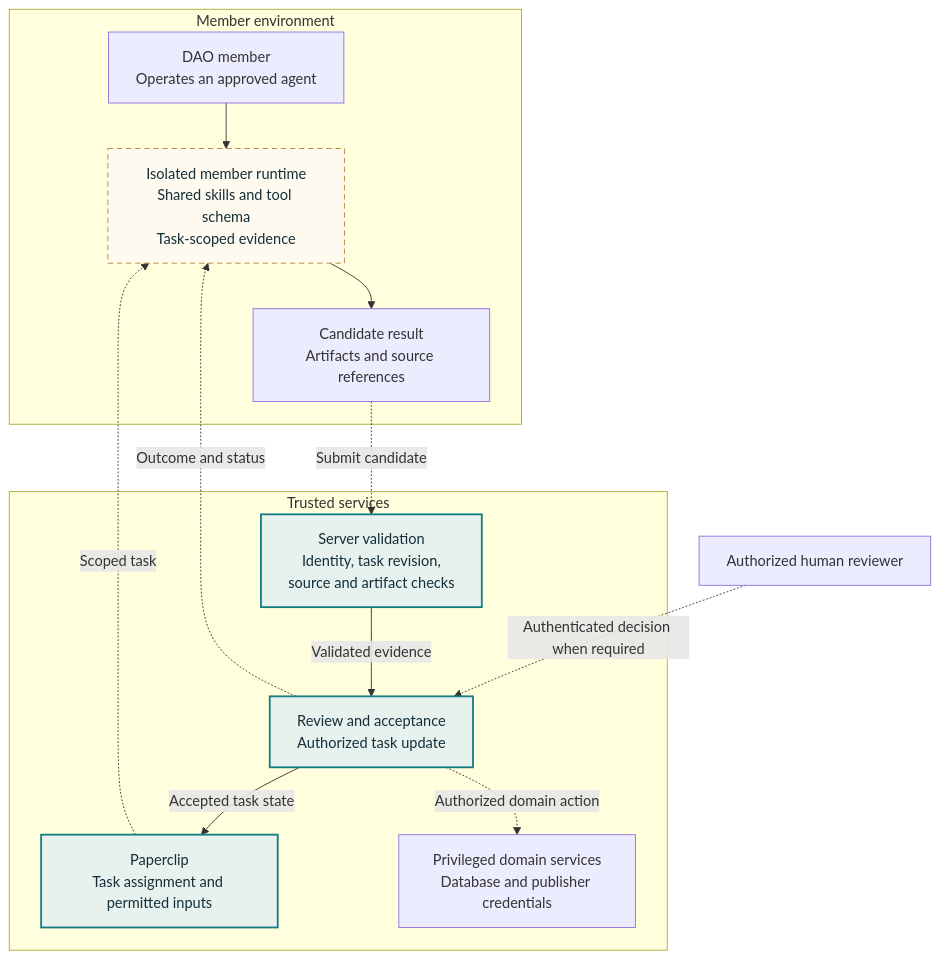
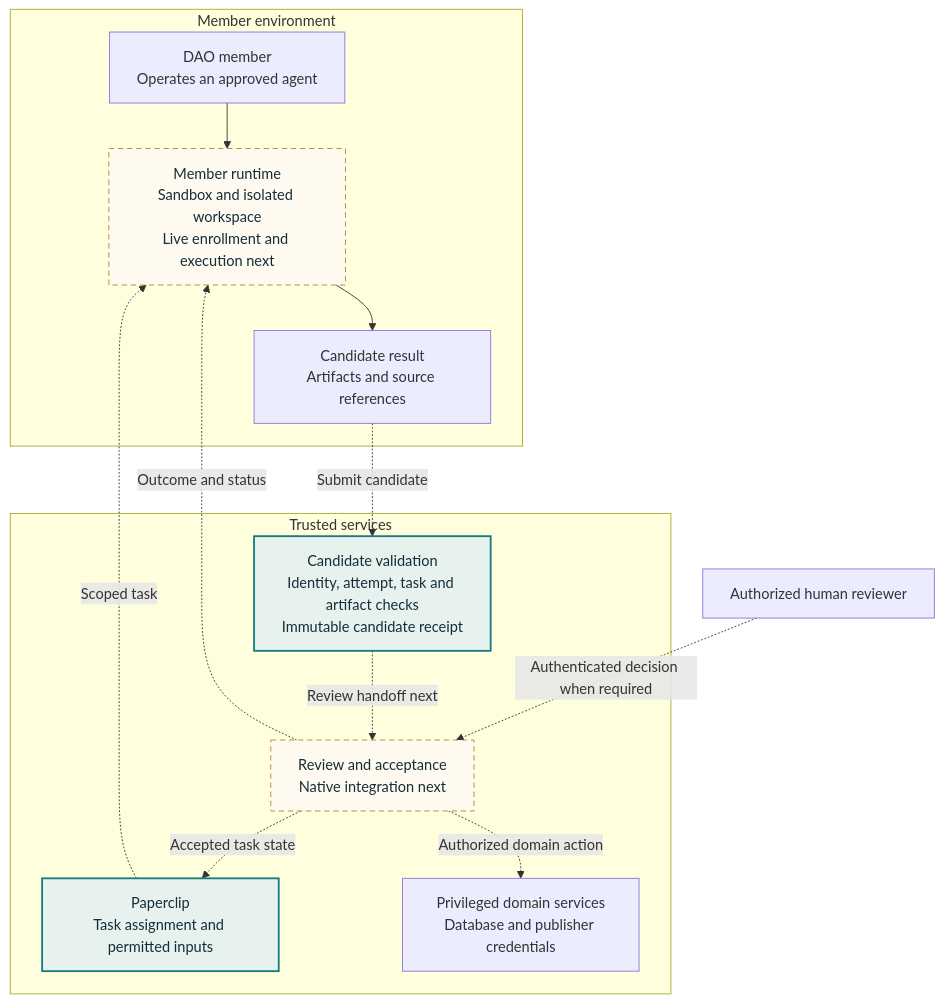
One commit to NetRxn/Inertia changed the diagram in docs/architecture/diagrams/member-execution.mmd. Above: the diagram before and after it, drawn with Mermaid. The commit also changed 24 other files, not shown here.

Commit message:
docs: synchronize meeting discovery and member candidate status

```diff
--- a/docs/architecture/diagrams/member-execution.mmd
+++ b/docs/architecture/diagrams/member-execution.mmd
@@ -1,25 +1,25 @@
 flowchart TB
  subgraph M[Member environment]
- U["DAO member<br/>Operates an approved agent"] --> E["Isolated member runtime<br/>Shared skills and tool schema<br/>Task-scoped evidence"]
+ U["DAO member<br/>Operates an approved agent"] --> E["Member runtime<br/>Sandbox and isolated workspace<br/>Live enrollment and execution next"]
  E --> P["Candidate result<br/>Artifacts and source references"]
  end
  subgraph T[Trusted services]
  PC["Paperclip<br/>Task assignment and permitted inputs"]
- V["Server validation<br/>Identity, task revision,<br/>source and artifact checks"]
- A["Review and acceptance<br/>Authorized task update"]
+ V["Candidate validation<br/>Identity, attempt, task and artifact checks<br/>Immutable candidate receipt"]
+ A["Review and acceptance<br/>Native integration next"]
  D["Privileged domain services<br/>Database and publisher credentials"]
- V -->|Validated evidence| A
+ V -.->|Review handoff next| A
  A -.->|Authorized domain action| D
  end
  PC -.->|Scoped task| E
  P -.->|Submit candidate| V
  H["Authorized human reviewer"] -.->|Authenticated decision when required| A
  A -.->|Outcome and status| E
- A -->|Accepted task state| PC
- class PC,V,A core
- class E planned
+ A -.->|Accepted task state| PC
+ class PC,V core
+ class E,A planned
 
  classDef core fill:#e7f1ee,stroke:#157d80,color:#132e38,stroke-width:2px
  classDef planned fill:#fffaf0,stroke:#b1853e,color:#132e38,stroke-dasharray:6 4
  classDef reviewed fill:#f5f0ff,stroke:#8064a2,color:#132e38
  classDef store fill:#edf2f7,stroke:#61788b,color:#132e38
```
